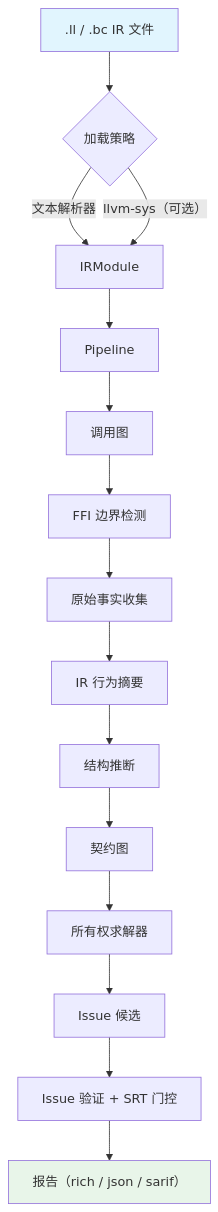
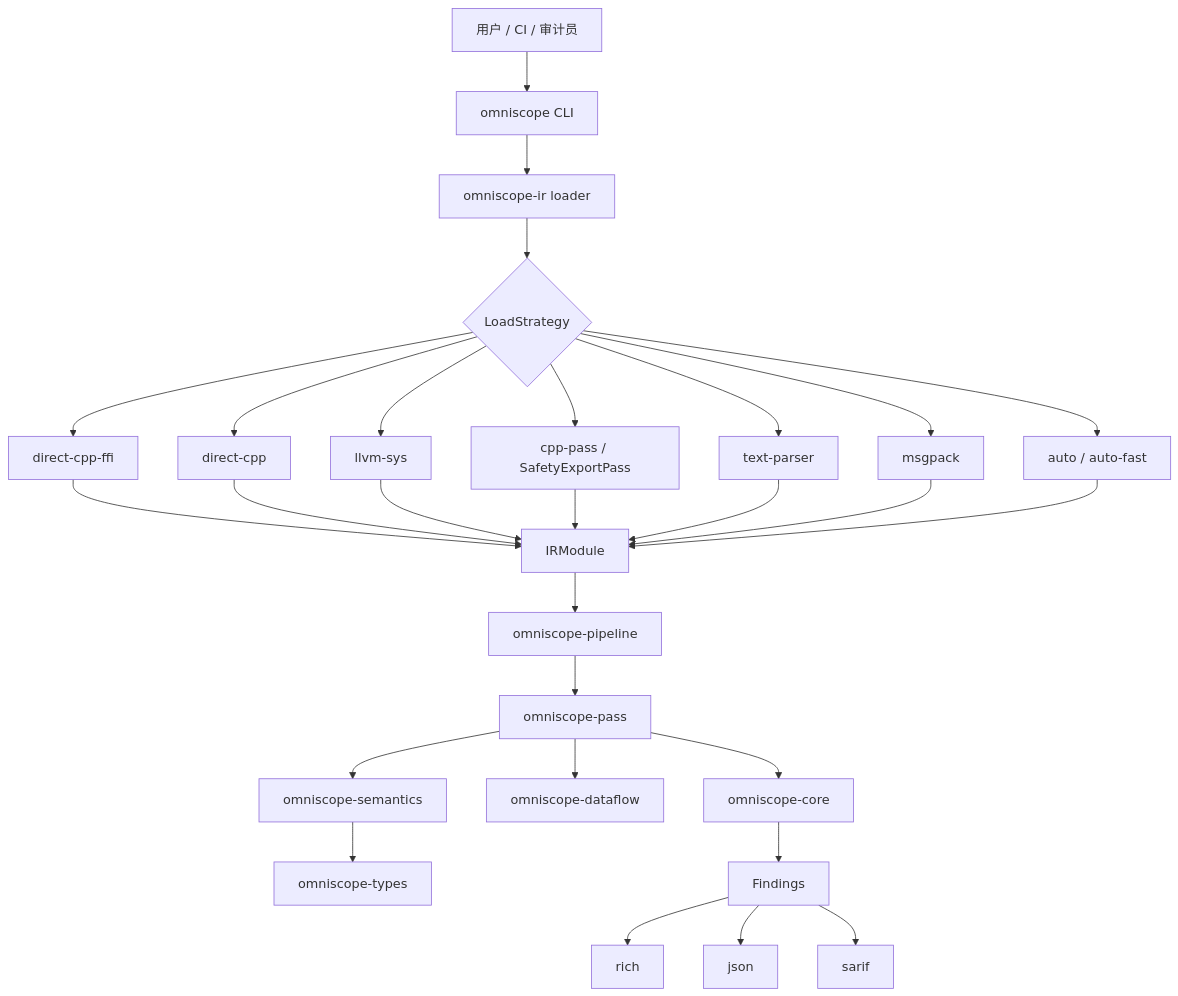
The first of 2 diagrams in README_CN.md (Timwood0x10/OmniScope-rs), drawn with Mermaid before and after one commit. The commit also changed other lines of this file and 26 other files, not shown here.

````diff
--- a/README_CN.md
+++ b/README_CN.md
@@ -15,20 +85,33 @@
 ```mermaid
 flowchart TD
-    A[".ll / .bc IR 文件"] --> B{"加载策略"}
-    B -->|"文本解析器"| C["IRModule"]
-    B -->|"llvm-sys（可选）"| C
-    C --> D["Pipeline"]
-    D --> E["调用图"]
-    E --> F["FFI 边界检测"]
-    F --> G["原始事实收集"]
-    G --> H["IR 行为摘要"]
-    H --> I["结构推断"]
-    I --> J["契约图"]
-    J --> K["所有权求解器"]
-    K --> L["Issue 候选"]
-    L --> M["Issue 验证 + SRT 门控"]
-    M --> N["报告（rich / json / sarif）"]
+    User["用户 / CI / 审计员"] --> CLI["omniscope CLI"]
+    CLI --> Loader["omniscope-ir loader"]
 
-    style A fill:#e1f5fe
-    style N fill:#e8f5e9
+    Loader --> Strategy{"LoadStrategy"}
+    Strategy --> DirectCppFfi["direct-cpp-ffi"]
+    Strategy --> DirectCpp["direct-cpp"]
+    Strategy --> LlvmSys["llvm-sys"]
+    Strategy --> CppPass["cpp-pass / SafetyExportPass"]
+    Strategy --> TextParser["text-parser"]
+    Strategy --> MsgPack["msgpack"]
+    Strategy --> Auto["auto / auto-fast"]
+
+    DirectCppFfi --> IR["IRModule"]
+    DirectCpp --> IR
+    LlvmSys --> IR
+    CppPass --> IR
+    TextParser --> IR
+    MsgPack --> IR
+    Auto --> IR
+
+    IR --> Pipeline["omniscope-pipeline"]
+    Pipeline --> Passes["omniscope-pass"]
+    Passes --> Semantics["omniscope-semantics"]
+    Passes --> Dataflow["omniscope-dataflow"]
+    Passes --> Core["omniscope-core"]
+    Semantics --> Types["omniscope-types"]
+    Core --> Report["Findings"]
+    Report --> Rich["rich"]
+    Report --> Json["json"]
+    Report --> Sarif["sarif"]
 ```
````
